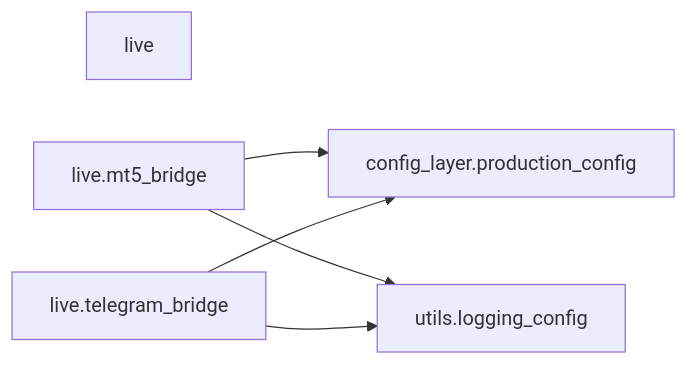
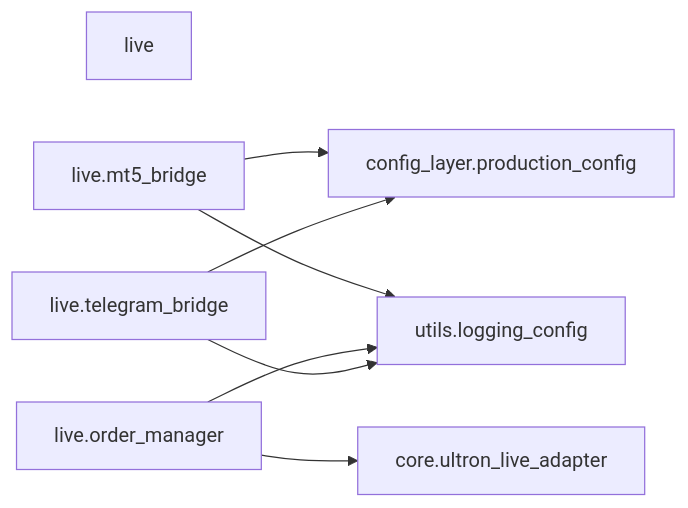
One commit to Chaithu1995-0312/TradeHlt changed diagram 22 of 41 in docs/architecture/code-map.generated.md. Above: the diagram before and after it, drawn with Mermaid. The commit also changed other lines of this file and 39 other files, not shown here.

First line of the commit message:
docs: F-064 full-corpus re-measurement, feature-schema walk, architecture map sync

````diff
--- a/docs/architecture/code-map.generated.md
+++ b/docs/architecture/code-map.generated.md
@@ -1120,12 +1346,16 @@
 ```mermaid
 flowchart LR
     live["live"]
     live_mt5_bridge["live.mt5_bridge"]
+    live_order_manager["live.order_manager"]
     live_telegram_bridge["live.telegram_bridge"]
     config_layer_production_config["config_layer.production_config"]
+    core_ultron_live_adapter["core.ultron_live_adapter"]
     utils_logging_config["utils.logging_config"]
     live_mt5_bridge --> config_layer_production_config
     live_mt5_bridge --> utils_logging_config
+    live_order_manager --> core_ultron_live_adapter
+    live_order_manager --> utils_logging_config
     live_telegram_bridge --> config_layer_production_config
     live_telegram_bridge --> utils_logging_config
 ```
````
